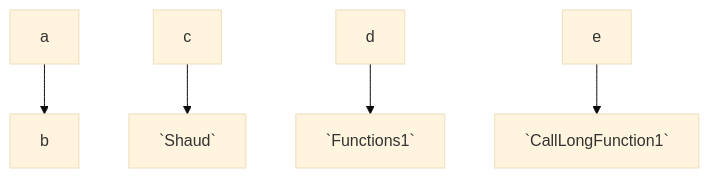
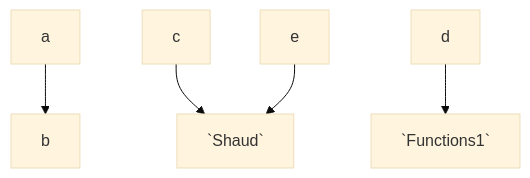
Before and after one commit to swimmio/csharp-shaul-test: the diagram in .swm/mermaid-117.ya2b9oss.sw.md, drawn with Mermaid (base theme). The commit also changed other lines of this file, not shown here.

Commit message:
docs(swimm): update doc: "Mermaid 1.17"

````diff
--- a/.swm/mermaid-117.ya2b9oss.sw.md
+++ b/.swm/mermaid-117.ya2b9oss.sw.md
@@ -9,7 +9,7 @@
 ```mermaid
 graph TD
 a --> b
 c --> `Shaud`
 d --> `Functions1`
-e --> `CallLongFunction1`
+e --> `Shaud`
 ```
````
